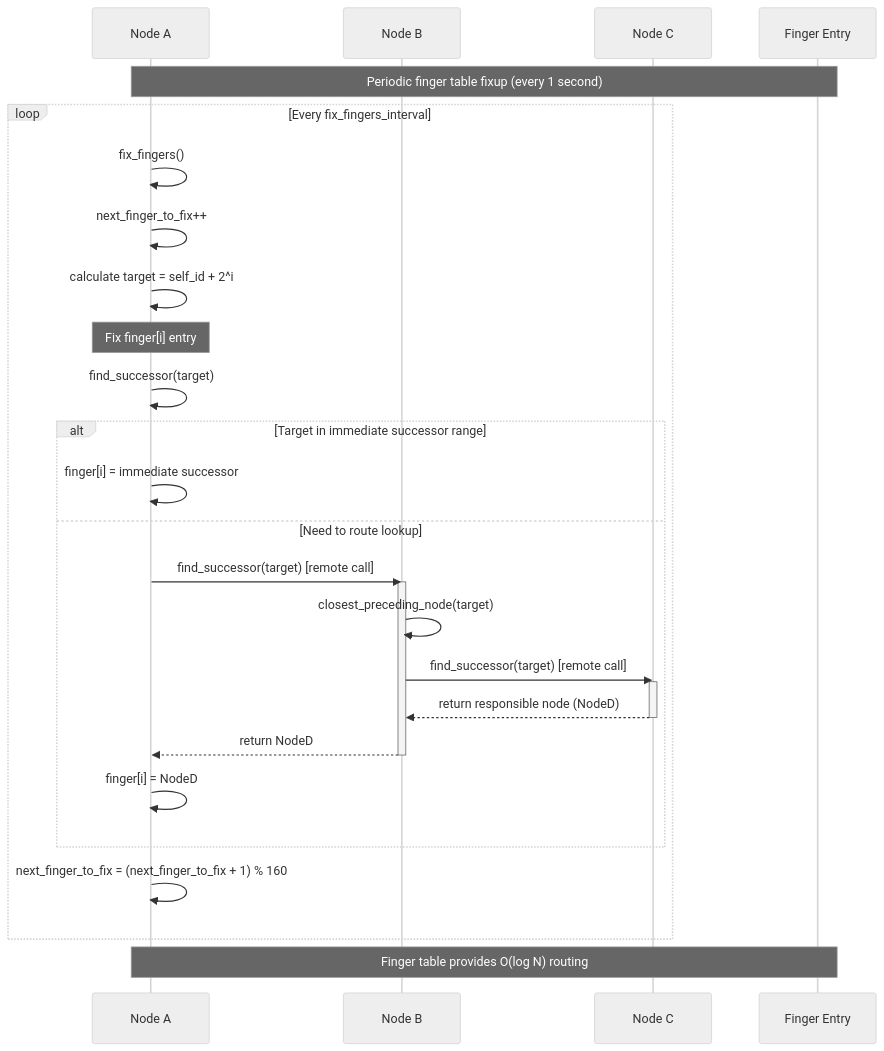
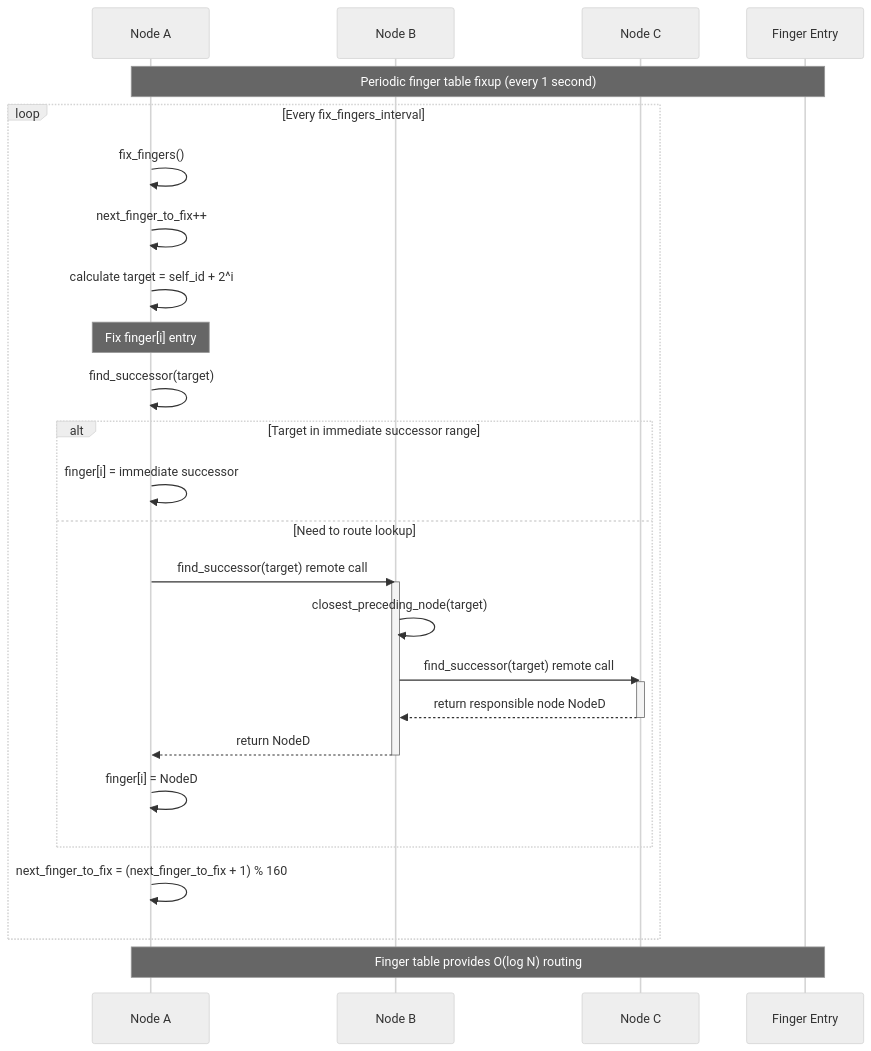
One commit to ryogrid/FunnelKVS-CPP changed the sixth of 7 diagrams in CHORD_COMMUNICATION_SEQUENCE.md. Above: the diagram before and after it, drawn with Mermaid (neutral theme). The commit also changed other lines of this file, not shown here.

Commit message:
fix mermaid markup error.

````diff
--- a/CHORD_COMMUNICATION_SEQUENCE.md
+++ b/CHORD_COMMUNICATION_SEQUENCE.md
@@ -330,40 +330,40 @@
 ```mermaid
 sequenceDiagram
     participant NodeA as Node A
     participant NodeB as Node B
     participant NodeC as Node C
     participant NodeD as Finger Entry
 
     Note over NodeA, NodeD: Periodic finger table fixup (every 1 second)
     
     loop Every fix_fingers_interval
         NodeA->>NodeA: fix_fingers()
         NodeA->>NodeA: next_finger_to_fix++
         NodeA->>NodeA: calculate target = self_id + 2^i
         
         Note over NodeA: Fix finger[i] entry
         NodeA->>NodeA: find_successor(target)
         
         alt Target in immediate successor range
             NodeA->>NodeA: finger[i] = immediate successor
         else Need to route lookup
-            NodeA->>NodeB: find_successor(target) [remote call]
+            NodeA->>NodeB: find_successor(target) remote call
             activate NodeB
             
             NodeB->>NodeB: closest_preceding_node(target)
-            NodeB->>NodeC: find_successor(target) [remote call]
+            NodeB->>NodeC: find_successor(target) remote call
             activate NodeC
-            NodeC-->>NodeB: return responsible node (NodeD)
+            NodeC-->>NodeB: return responsible node NodeD
             deactivate NodeC
             
             NodeB-->>NodeA: return NodeD
             deactivate NodeB
             
             NodeA->>NodeA: finger[i] = NodeD
         end
         
         NodeA->>NodeA: next_finger_to_fix = (next_finger_to_fix + 1) % 160
     end
     
     Note over NodeA, NodeD: Finger table provides O(log N) routing
 ```
````
